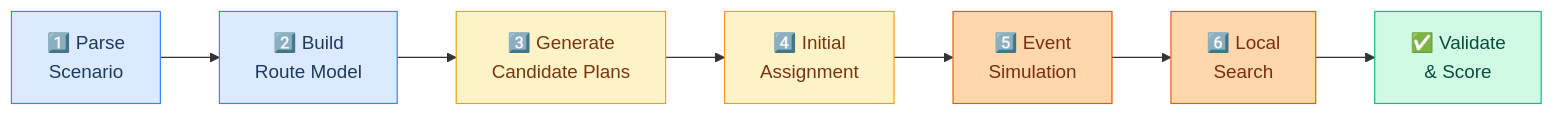
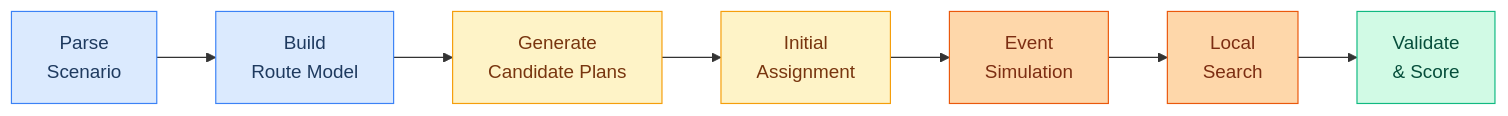
The third of 5 diagrams in README.md (mukulgupta11/bus_charging_scheduler), drawn with Mermaid before and after one commit. The commit also changed other lines of this file and 3 other files, not shown here.

````diff
--- a/README.md
+++ b/README.md
@@ -218,17 +218,17 @@
 ```mermaid
 flowchart LR
-    A["1️⃣ Parse\nScenario"] --> B["2️⃣ Build\nRoute Model"]
-    B --> C["3️⃣ Generate\nCandidate Plans"]
-    C --> D["4️⃣ Initial\nAssignment"]
-    D --> E["5️⃣ Event\nSimulation"]
-    E --> F["6️⃣ Local\nSearch"]
-    F --> G["✅ Validate\n& Score"]
+    A["Parse\nScenario"] --> B["Build\nRoute Model"]
+    B --> C["Generate\nCandidate Plans"]
+    C --> D["Initial\nAssignment"]
+    D --> E["Event\nSimulation"]
+    E --> F["Local\nSearch"]
+    F --> G["Validate\n& Score"]
 
     style A fill:#DBEAFE,stroke:#3B82F6,color:#1E3A5F
     style B fill:#DBEAFE,stroke:#3B82F6,color:#1E3A5F
     style C fill:#FEF3C7,stroke:#F59E0B,color:#78350F
     style D fill:#FEF3C7,stroke:#F59E0B,color:#78350F
     style E fill:#FED7AA,stroke:#EA580C,color:#7C2D12
     style F fill:#FED7AA,stroke:#EA580C,color:#7C2D12
     style G fill:#D1FAE5,stroke:#10B981,color:#064E3B
 ```
````
